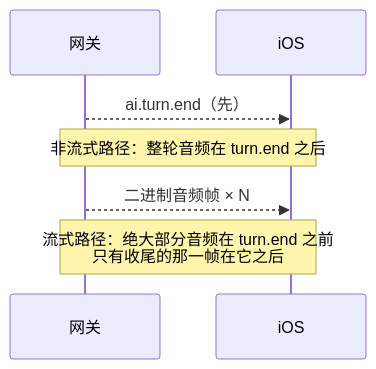
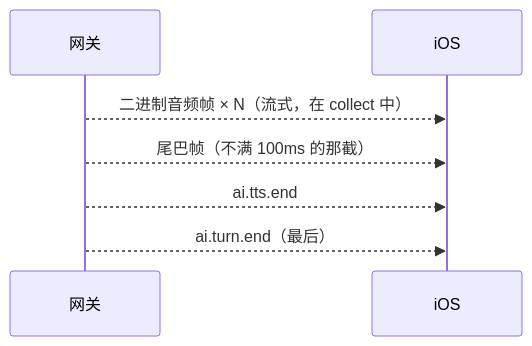
The eighth of 8 diagrams in docs/30_技术方案/84_WSS系列_03_协议层_帧设计与版本化.md (FluentWork/fluentwork-meta), drawn with Mermaid before and after one commit. The commit also changed other lines of this file and 9 other files, not shown here.

````diff
--- a/docs/30_技术方案/84_WSS系列_03_协议层_帧设计与版本化.md
+++ b/docs/30_技术方案/84_WSS系列_03_协议层_帧设计与版本化.md
@@ -216,9 +218,9 @@
 ```mermaid
 sequenceDiagram
     participant GW as 网关
     participant iOS as iOS
-    GW-->>iOS: ai.turn.end（先）
-    Note over GW,iOS: 非流式路径：整轮音频在 turn.end 之后
-    GW-->>iOS: 二进制音频帧 × N
-    Note over GW,iOS: 流式路径：绝大部分音频在 turn.end 之前<br/>只有收尾的那一帧在它之后
+    GW-->>iOS: 二进制音频帧 × N（流式，在 collect 中）
+    GW-->>iOS: 尾巴帧（不满 100ms 的那截）
+    GW-->>iOS: ai.tts.end
+    GW-->>iOS: ai.turn.end（最后）
 ```
````
